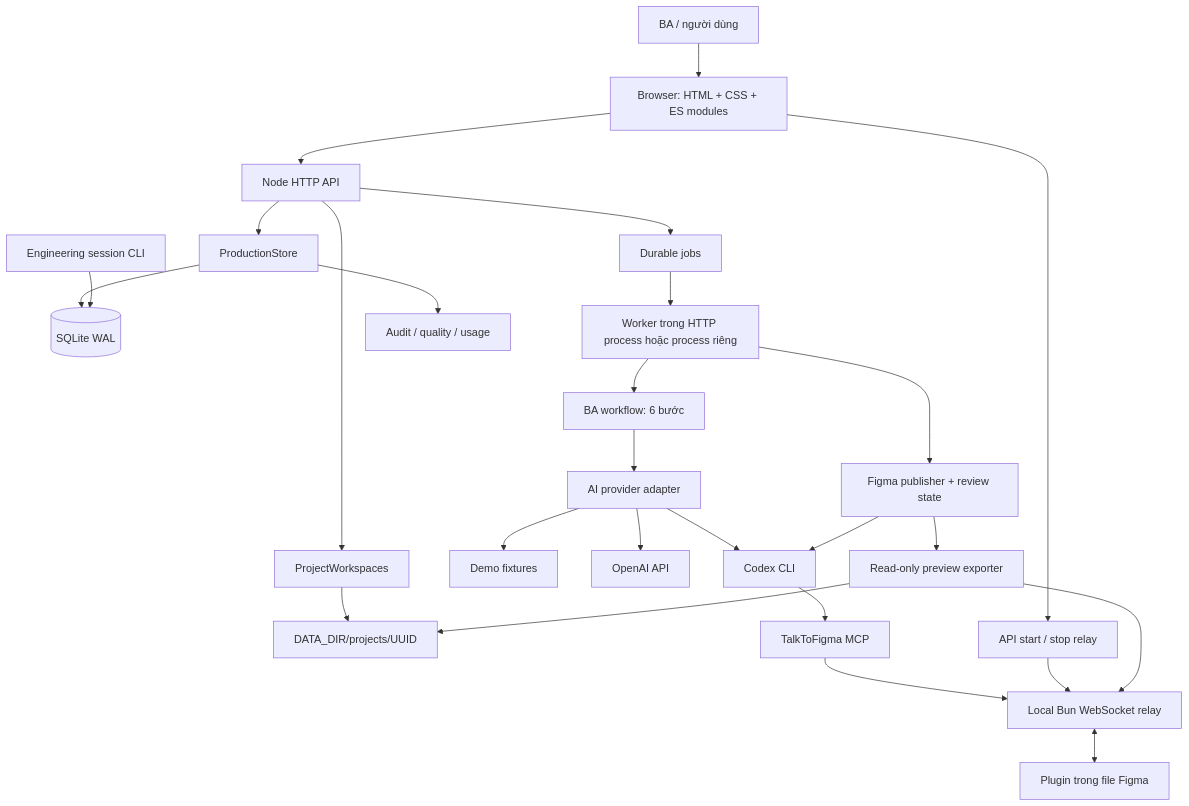
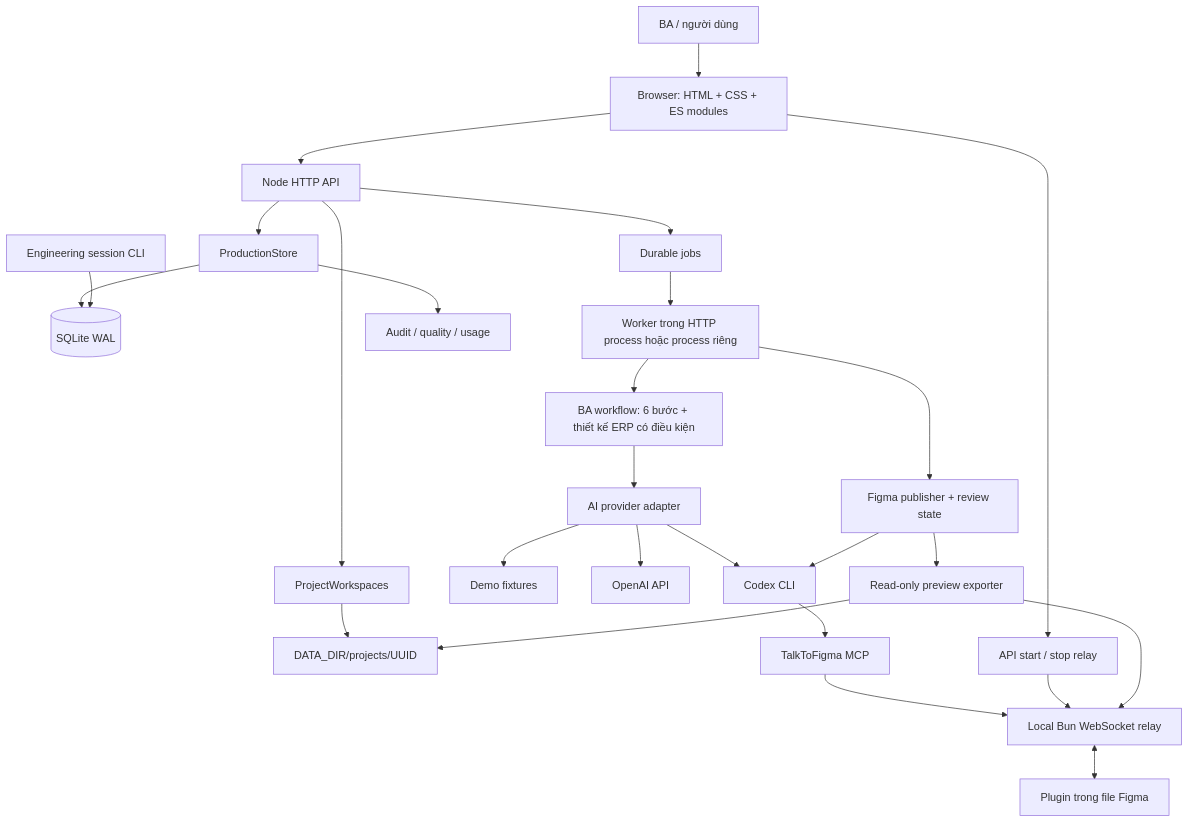
Before and after one commit to airdropp102/ba-agent: the diagram in docs/ARCHITECTURE.md, drawn with Mermaid. The commit also changed other lines of this file and 15 other files, not shown here.

````diff
--- a/docs/ARCHITECTURE.md
+++ b/docs/ARCHITECTURE.md
@@ -21,28 +21,28 @@
 ```mermaid
 flowchart TB
     User[BA / người dùng] --> UI[Browser: HTML + CSS + ES modules]
     UI --> API[Node HTTP API]
     API --> Store[ProductionStore]
     Store --> DB[(SQLite WAL)]
     API --> Workspace[ProjectWorkspaces]
     Workspace --> Files[DATA_DIR/projects/UUID]
     API --> Queue[Durable jobs]
     Queue --> Worker[Worker trong HTTP process hoặc process riêng]
-    Worker --> BA[BA workflow: 6 bước]
+    Worker --> BA[BA workflow: 6 bước + thiết kế ERP có điều kiện]
     BA --> Provider[AI provider adapter]
     Provider --> Demo[Demo fixtures]
     Provider --> OpenAI[OpenAI API]
     Provider --> CLI[Codex CLI]
     Worker --> Figma[Figma publisher + review state]
     Figma --> CLI
     CLI --> MCP[TalkToFigma MCP]
     MCP --> Relay[Local Bun WebSocket relay]
     UI --> RelayControl[API start / stop relay]
     RelayControl --> Relay
     Relay <--> Plugin[Plugin trong file Figma]
     Figma --> Preview[Read-only preview exporter]
     Preview --> Relay
     Preview --> Files
     Store --> Audit[Audit / quality / usage]
     Session[Engineering session CLI] --> DB
 ```
````
